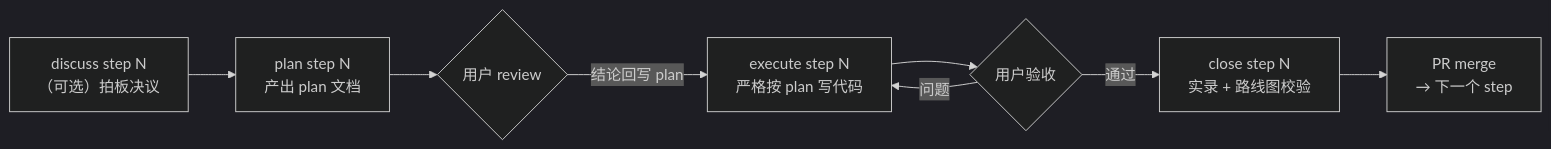
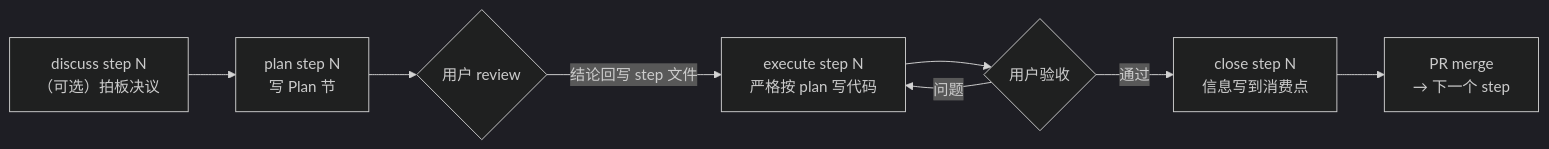
The diagram in README.md (JiayiLiuCA/claude-workflow), drawn with Mermaid (dark theme) before and after one commit. The commit also changed other lines of this file and 20 other files, not shown here.

First line of the commit message:
精简文档体系：活文档只写当前状态、信息写到消费点、ARCHITECTURE 启动即加载

````diff
--- a/README.md
+++ b/README.md
@@ -66,10 +74,10 @@
 ```mermaid
 flowchart LR
-    D["discuss step N<br/>（可选）拍板决议"] --> P["plan step N<br/>产出 plan 文档"]
+    D["discuss step N<br/>（可选）拍板决议"] --> P["plan step N<br/>写 Plan 节"]
     P --> R{用户 review}
-    R -->|结论回写 plan| E["execute step N<br/>严格按 plan 写代码"]
+    R -->|结论回写 step 文件| E["execute step N<br/>严格按 plan 写代码"]
     E --> V{用户验收}
     V -->|问题| E
-    V -->|通过| C["close step N<br/>实录 + 路线图校验"]
+    V -->|通过| C["close step N<br/>信息写到消费点"]
     C --> M["PR merge<br/>→ 下一个 step"]
 ```
````
